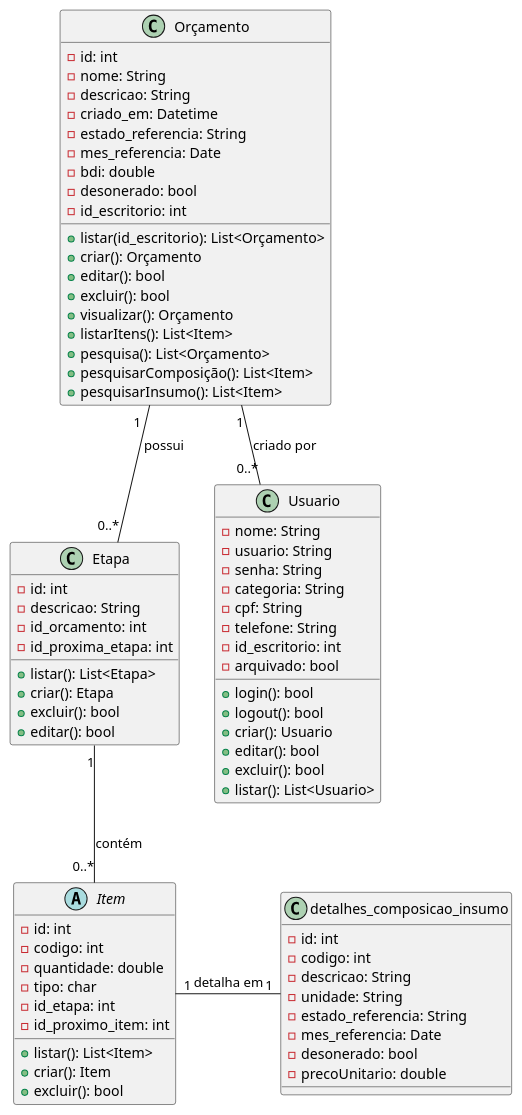
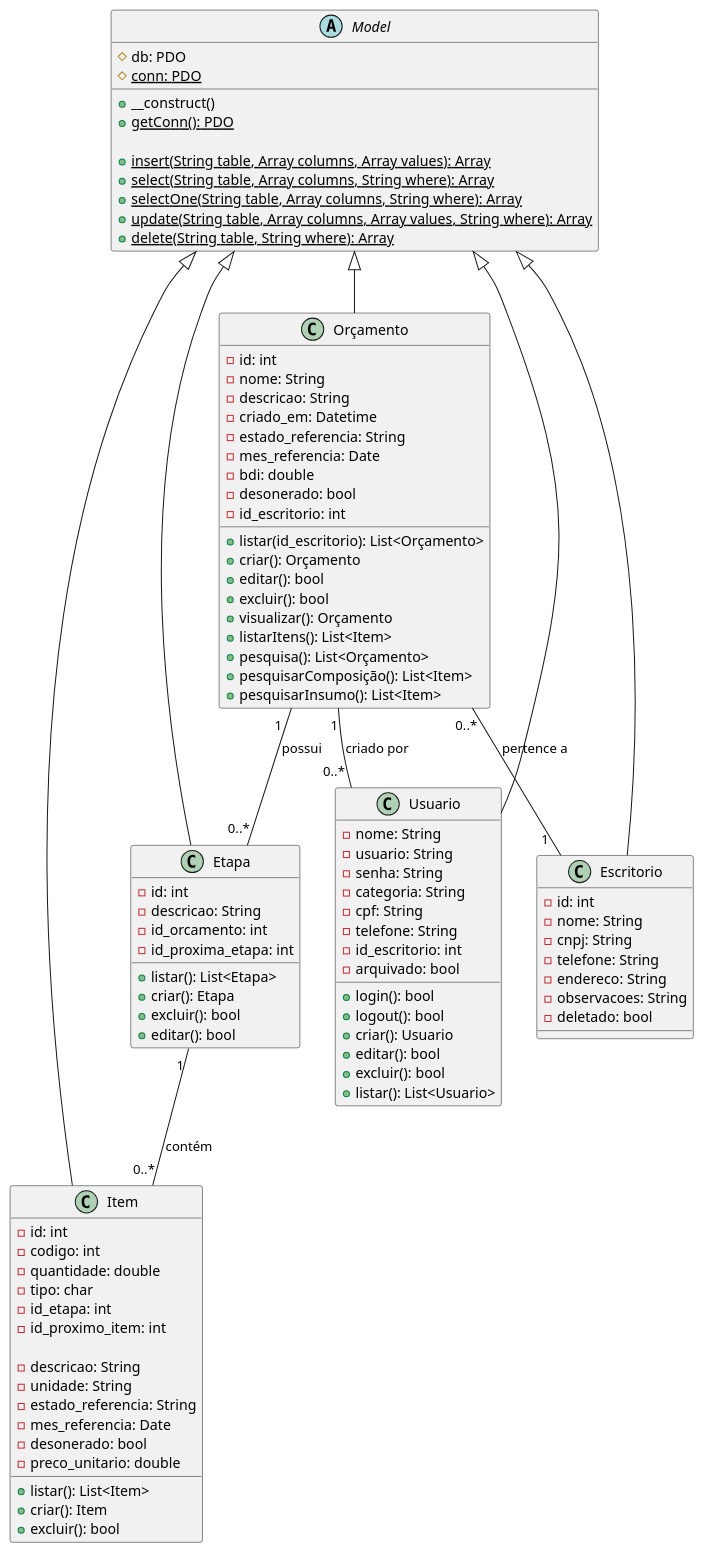
One commit to arthurrogado/tccpontocivil changed the diagram in diagramas/classe.plantuml. Above: the diagram before and after it, drawn with PlantUML.

Commit message:
Add Model class and extend it to Orçamento, Etapa, Item, Usuario, and Escritorio classes

```diff
--- a/diagramas/classe.plantuml
+++ b/diagramas/classe.plantuml
@@ -1,92 +1,121 @@
 @startuml de Classe
 
+abstract class Model {
+  # db: PDO
+  {static} # conn: PDO
 
-class Orçamento {
+  + __construct()
+  {static} + getConn(): PDO
+
+  {static} + insert(String table, Array columns, Array values): Array
+  {static} + select(String table, Array columns, String where): Array
+  {static} + selectOne(String table, Array columns, String where): Array
+  {static} + update(String table, Array columns, Array values, String where): Array
+  {static} + delete(String table, String where): Array
+}
+
+class Orçamento extends Model {
   - id: int
   - nome: String
   - descricao: String
   - criado_em: Datetime
   - estado_referencia: String
   - mes_referencia: Date
   - bdi: double
   - desonerado: bool
   - id_escritorio: int
 
   + listar(id_escritorio): List<Orçamento>
   + criar(): Orçamento
   + editar(): bool
   + excluir(): bool
   + visualizar(): Orçamento
   + listarItens(): List<Item>
   + pesquisa(): List<Orçamento>
   + pesquisarComposição(): List<Item>
   + pesquisarInsumo(): List<Item>
 
 }
 
-class Etapa {
+class Etapa extends Model {
   - id: int
   - descricao: String
   - id_orcamento: int
   - id_proxima_etapa: int
 
   + listar(): List<Etapa>
   + criar(): Etapa
   + excluir(): bool
   + editar(): bool
 }
 
-abstract class Item {
+class Item extends Model {
   - id: int
   - codigo: int
   - quantidade: double
   - tipo: char
   - id_etapa: int
   - id_proximo_item: int
 
+  - descricao: String
+  - unidade: String
+  - estado_referencia: String
+  - mes_referencia: Date
+  - desonerado: bool
+  - preco_unitario: double
+
   + listar(): List<Item>
   + criar(): Item
   + excluir(): bool
 }
 
-class detalhes_composicao_insumo {
-  - id: int
-  - codigo: int
-  - descricao: String
-  - unidade: String
-  - estado_referencia: String
-  - mes_referencia: Date
-  - desonerado: bool
-  - precoUnitario: double
-}
+' class detalhes_composicao_insumo extends Model {
+'   - id: int
+'   - codigo: int
+'   - descricao: String
+'   - unidade: String
+'   - estado_referencia: String
+'   - mes_referencia: Date
+'   - desonerado: bool
+'   - preco_unitario: double
+' }
 
-
-
-class Usuario {
+class Usuario extends Model {
   - nome: String
   - usuario: String
   - senha: String
   - categoria: String
   - cpf: String
   - telefone: String
   - id_escritorio: int
   - arquivado: bool
 
   + login(): bool
   + logout(): bool
   + criar(): Usuario
   + editar(): bool
   + excluir(): bool
   + listar(): List<Usuario>
 }
 
+class Escritorio extends Model {
+  - id: int
+  - nome: String
+  - cnpj: String
+  - telefone: String
+  - endereco: String
+  - observacoes: String
+  - deletado: bool
+}
 
 
-Orçamento "1" -- "0..*" Usuario : criado por
+Orçamento "1" -- "0..* " Usuario : criado por
 Orçamento "1  " -- "0..*" Etapa : possui
+Orçamento "0..*" -- "1  " Escritorio : pertence a
 
-Etapa "1" -- "0..*" Item : contém
 
-Item "1" - "1" detalhes_composicao_insumo : detalha em
+Etapa "1 " -- "0..*" Item : contém
+
+' Item "1" - "1" detalhes_composicao_insumo : detalha em
 
 @enduml
```
